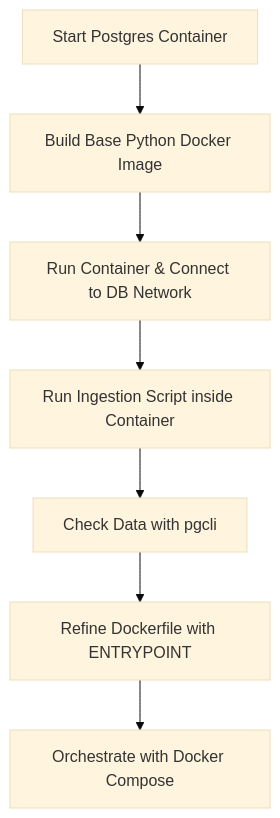
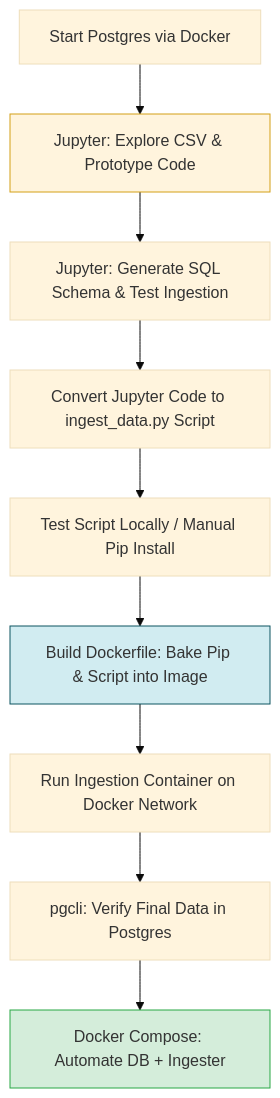
The diagram in Module 1 Note.md (JadeYoung16/data_engineering_zoomcamp), drawn with Mermaid (base theme) before and after one commit.

Commit message:
Update Module 1 Note.md

````diff
--- a/Module 1 Note.md
+++ b/Module 1 Note.md
@@ -20,9 +20,22 @@
 ```mermaid
 graph TD
-    A[Start Postgres Container] --> B[Build Base Python Docker Image]
-    B --> C[Run Container & Connect to DB Network]
-    C --> D[Run Ingestion Script inside Container]
-    D --> E[Check Data with pgcli]
-    E --> F[Refine Dockerfile with ENTRYPOINT]
-    F --> G[Orchestrate with Docker Compose]
+    %% Phase 1: Exploration
+    A[Start Postgres via Docker] --> B[Jupyter: Explore CSV & Prototype Code]
+    B --> C[Jupyter: Generate SQL Schema & Test Ingestion]
+    
+    %% Phase 2: Refinement
+    C --> D[Convert Jupyter Code to ingest_data.py Script]
+    D --> E[Test Script Locally / Manual Pip Install]
+    
+    %% Phase 3: Containerization
+    E --> F[Build Dockerfile: Bake Pip & Script into Image]
+    F --> G[Run Ingestion Container on Docker Network]
+    
+    %% Phase 4: Verification & Orchestration
+    G --> H[pgcli: Verify Final Data in Postgres]
+    H --> I[Docker Compose: Automate DB + Ingester]
+
+    style B fill:#fff4dd,stroke:#d4a017
+    style F fill:#d1ecf1,stroke:#0c5460
+    style I fill:#d4edda,stroke:#28a745
 ```
````
